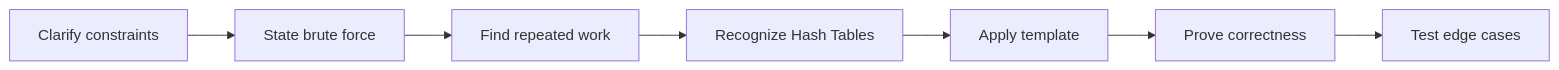
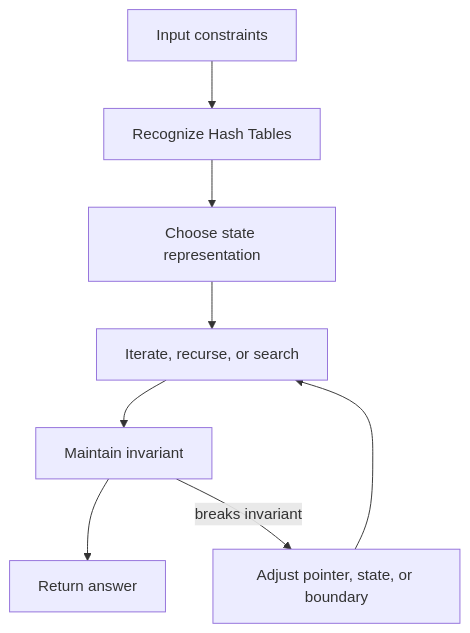
Before and after one commit to abstractinterviews/abstractinterviews.github.io: the second of 2 diagrams in coding-round/data-structures/hash-tables/index.md, drawn with Mermaid. The commit also changed other lines of this file and 278 other files, not shown here.

````diff
--- a/coding-round/data-structures/hash-tables/index.md
+++ b/coding-round/data-structures/hash-tables/index.md
@@ -123,9 +121,10 @@
-~~~mermaid
-flowchart LR
-    A["Clarify constraints"] --> B["State brute force"]
-    B --> C["Find repeated work"]
-    C --> D["Recognize Hash Tables"]
-    D --> E["Apply template"]
-    E --> F["Prove correctness"]
-    F --> G["Test edge cases"]
-~~~
+```mermaid
+flowchart TD
+    Input["Input constraints"] --> Pattern["Recognize Hash Tables"]
+    Pattern --> State["Choose state representation"]
+    State --> Iterate["Iterate, recurse, or search"]
+    Iterate --> Check["Maintain invariant"]
+    Check --> Result["Return answer"]
+    Check -->|breaks invariant| Fix["Adjust pointer, state, or boundary"]
+    Fix --> Iterate
+```
````
